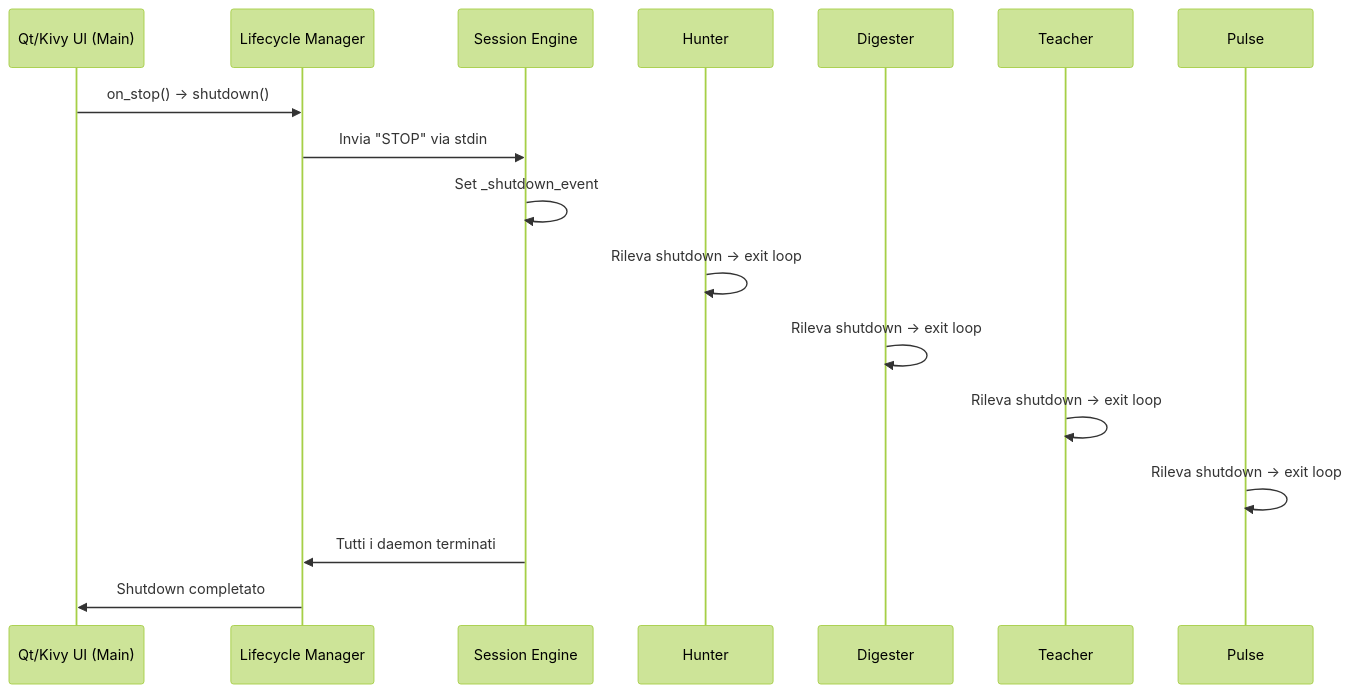
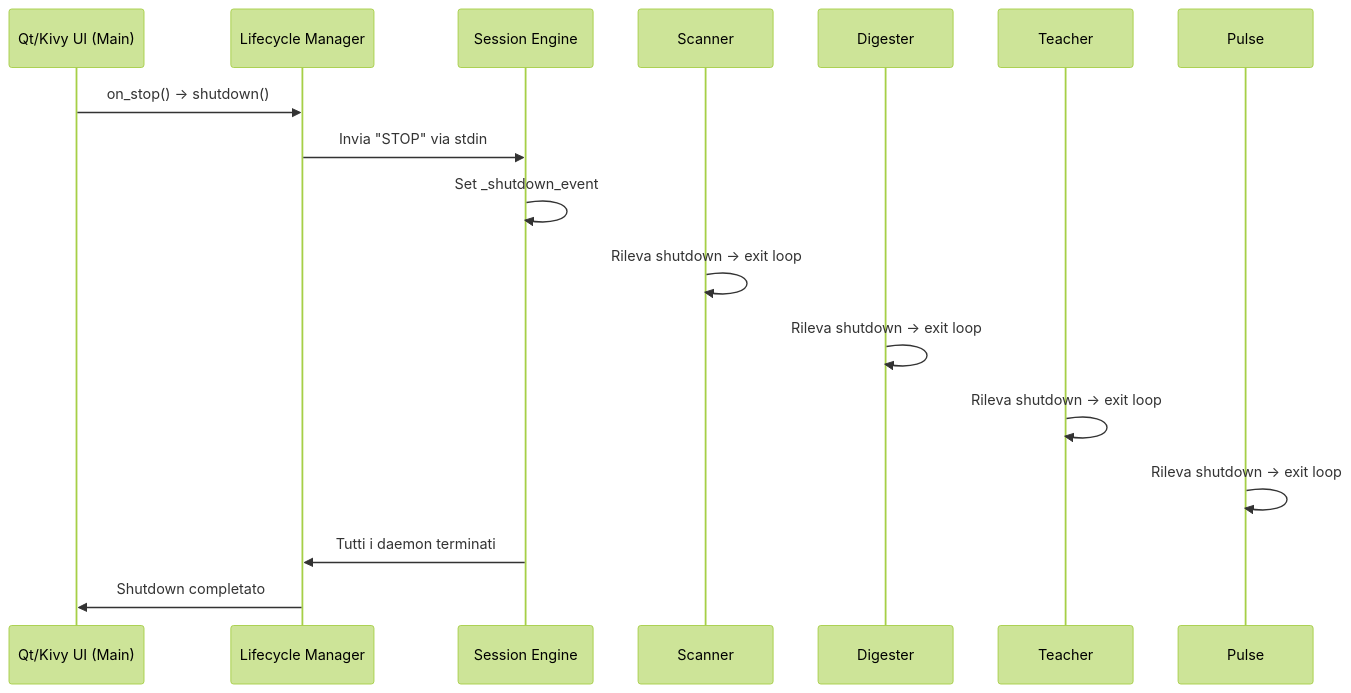
Before and after one commit to renanaugustomacena-ux/Counter-Strike-coach-AI: diagram 14 of 55 in docs/books/Book-Coach-3.md, drawn with Mermaid (forest theme). The commit also changed other lines of this file, not shown here.

````diff
--- a/docs/books/Book-Coach-3.md
+++ b/docs/books/Book-Coach-3.md
@@ -818,20 +832,20 @@
 ```mermaid
 sequenceDiagram
     participant UI as Qt/Kivy UI (Main)
     participant LC as Lifecycle Manager
     participant SE as Session Engine
-    participant H as Hunter
+    participant H as Scanner
     participant D as Digester
     participant T as Teacher
     participant P as Pulse
 
     UI->>LC: on_stop() → shutdown()
     LC->>SE: Invia "STOP" via stdin
     SE->>SE: Set _shutdown_event
     H->>H: Rileva shutdown → exit loop
     D->>D: Rileva shutdown → exit loop
     T->>T: Rileva shutdown → exit loop
     P->>P: Rileva shutdown → exit loop
     SE->>LC: Tutti i daemon terminati
     LC->>UI: Shutdown completato
 ```
````
